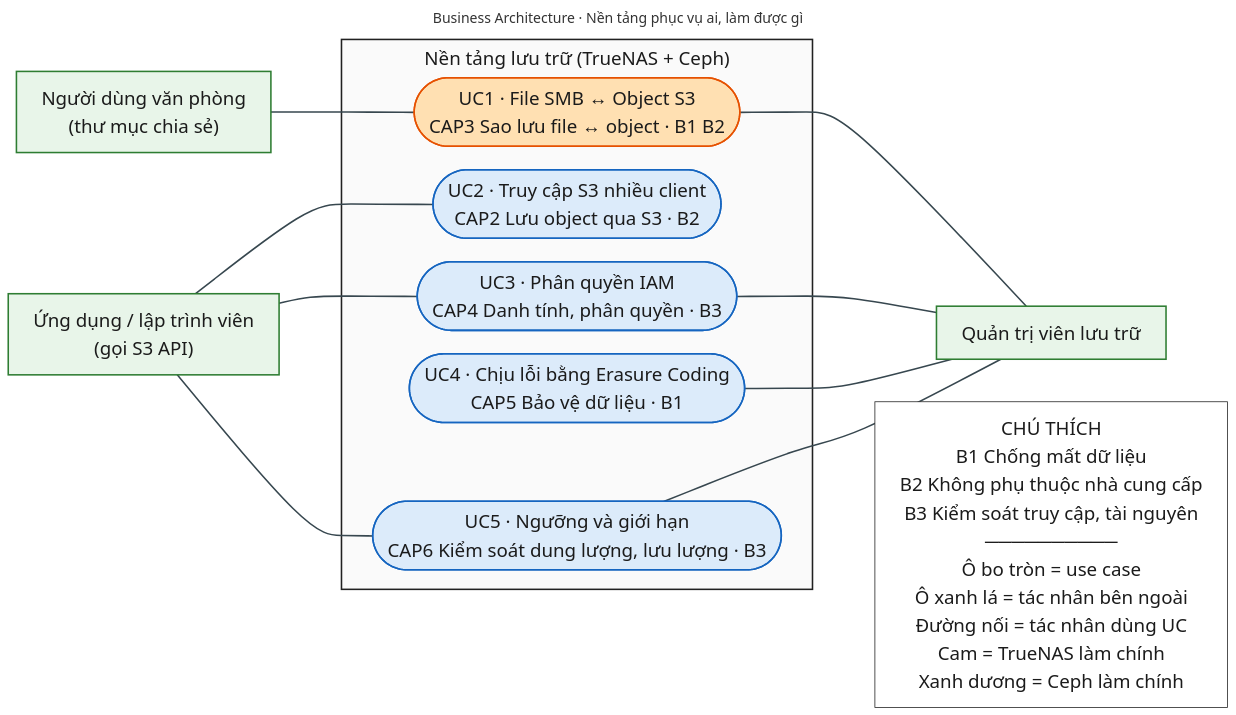
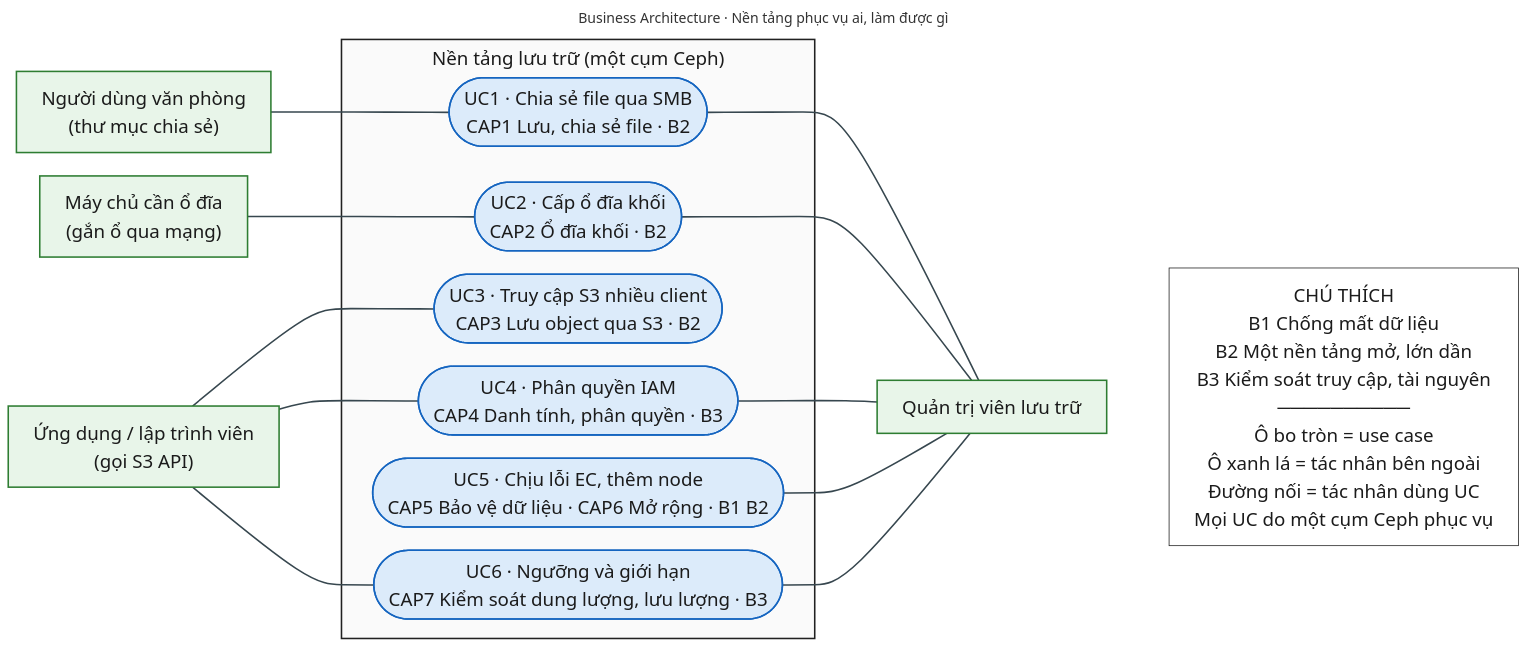
One commit to HDungg925/Project changed the diagram in NT132-P2-kien-truc/slide06-business.mmd. Above: the diagram before and after it, drawn with Mermaid. The commit also changed 11 other files, not shown here.

Commit message:
Bo TrueNAS

```diff
--- a/NT132-P2-kien-truc/slide06-business.mmd
+++ b/NT132-P2-kien-truc/slide06-business.mmd
@@ -1,49 +1,58 @@
 ---
 title: "Business Architecture · Nền tảng phục vụ ai, làm được gì"
+config:
+  layout: dagre
+  theme: base
+  themeVariables: {"fontSize": "24px", "fontFamily": "Arial, Helvetica, sans-serif", "lineColor": "#37474F"}
+  themeCSS: ".flowchartTitleText { font-size: 34px; font-weight: bold; }"
+  flowchart: {"curve": "basis", "wrappingWidth": 650, "nodeSpacing": 30, "rankSpacing": 80, "padding": 16, "subGraphTitleMargin": {"top": 6, "bottom": 18}}
 ---
-%%{init: {"theme": "base", "themeVariables": {"fontSize": "24px", "fontFamily": "Arial, Helvetica, sans-serif", "lineColor": "#37474F"}, "themeCSS": ".flowchartTitleText { font-size: 34px; font-weight: bold; }", "flowchart": {"curve": "basis", "wrappingWidth": 650, "nodeSpacing": 30, "rankSpacing": 80, "padding": 16, "subGraphTitleMargin": {"top": 6, "bottom": 18}}}}%%
 flowchart LR
-    %% ===== BẢNG MÀU CHUNG (dùng lại nguyên khối này cho slide 7-10) =====
+    %% ===== BẢNG MÀU CHUNG v3 (dùng lại nguyên khối này cho slide 7-10) =====
+    %% gateway (cam) = thành phần dịch giao thức client sang Ceph (RGW, Samba); thay cho màu TrueNAS cũ
     classDef client  fill:#E8F5E9,stroke:#2E7D32,stroke-width:2px,color:#1B1B1B
-    classDef truenas fill:#FFE0B2,stroke:#E65100,stroke-width:2px,color:#1B1B1B
+    classDef gateway fill:#FFE0B2,stroke:#E65100,stroke-width:2px,color:#1B1B1B
     classDef ceph    fill:#DCEBFA,stroke:#1565C0,stroke-width:2px,color:#1B1B1B
     classDef infra   fill:#EDE7F6,stroke:#4527A0,stroke-width:2px,color:#1B1B1B
     classDef should  fill:#F5F5F5,stroke:#616161,stroke-width:2px,stroke-dasharray:6 4,color:#424242
     classDef note    fill:#FFFFFF,stroke:#212121,stroke-width:1px,color:#1B1B1B
 
     %% ===== Tác nhân bên trái =====
     ACT_OFF["Người dùng văn phòng<br/>(thư mục chia sẻ)"]
+    ACT_SRV["Máy chủ cần ổ đĩa<br/>(gắn ổ qua mạng)"]
     ACT_APP["Ứng dụng / lập trình viên<br/>(gọi S3 API)"]
 
     %% ===== Ranh giới hệ thống =====
-    subgraph PLATFORM["Nền tảng lưu trữ (TrueNAS + Ceph)"]
-        UC1(["UC1 · File SMB ↔ Object S3<br/>CAP3 Sao lưu file ↔ object · B1 B2"])
-        UC2(["UC2 · Truy cập S3 nhiều client<br/>CAP2 Lưu object qua S3 · B2"])
-        UC3(["UC3 · Phân quyền IAM<br/>CAP4 Danh tính, phân quyền · B3"])
-        UC4(["UC4 · Chịu lỗi bằng Erasure Coding<br/>CAP5 Bảo vệ dữ liệu · B1"])
-        UC5(["UC5 · Ngưỡng và giới hạn<br/>CAP6 Kiểm soát dung lượng, lưu lượng · B3"])
+    subgraph PLATFORM["Nền tảng lưu trữ (một cụm Ceph)"]
+        UC1(["UC1 · Chia sẻ file qua SMB<br/>CAP1 Lưu, chia sẻ file · B2"])
+        UC2(["UC2 · Cấp ổ đĩa khối<br/>CAP2 Ổ đĩa khối · B2"])
+        UC3(["UC3 · Truy cập S3 nhiều client<br/>CAP3 Lưu object qua S3 · B2"])
+        UC4(["UC4 · Phân quyền IAM<br/>CAP4 Danh tính, phân quyền · B3"])
+        UC5(["UC5 · Chịu lỗi EC, thêm node<br/>CAP5 Bảo vệ dữ liệu · CAP6 Mở rộng · B1 B2"])
+        UC6(["UC6 · Ngưỡng và giới hạn<br/>CAP7 Kiểm soát dung lượng, lưu lượng · B3"])
     end
 
     %% ===== Tác nhân bên phải và chú thích =====
     ACT_ADM["Quản trị viên lưu trữ"]
-    LEG["CHÚ THÍCH<br/>B1 Chống mất dữ liệu<br/>B2 Không phụ thuộc nhà cung cấp<br/>B3 Kiểm soát truy cập, tài nguyên<br/>──────────<br/>Ô bo tròn = use case<br/>Ô xanh lá = tác nhân bên ngoài<br/>Đường nối = tác nhân dùng UC<br/>Cam = TrueNAS làm chính<br/>Xanh dương = Ceph làm chính"]
+    LEG["CHÚ THÍCH<br/>B1 Chống mất dữ liệu<br/>B2 Một nền tảng mở, lớn dần<br/>B3 Kiểm soát truy cập, tài nguyên<br/>──────────<br/>Ô bo tròn = use case<br/>Ô xanh lá = tác nhân bên ngoài<br/>Đường nối = tác nhân dùng UC<br/>Mọi UC do một cụm Ceph phục vụ"]
 
     %% ===== Liên kết tác nhân - use case (đường thẳng, không mũi tên) =====
     ACT_OFF --- UC1
-    ACT_APP --- UC2
+    ACT_SRV --- UC2
     ACT_APP --- UC3
-    ACT_APP --- UC5
+    ACT_APP --- UC4
+    ACT_APP --- UC6
     UC1 --- ACT_ADM
-    UC3 --- ACT_ADM
+    UC2 --- ACT_ADM
     UC4 --- ACT_ADM
     UC5 --- ACT_ADM
-    %% Hai liên kết ẩn dưới đây chỉ để giữ bố cục (UC4 đúng thứ tự, chú thích nằm bên phải)
-    ACT_APP ~~~ UC4
-    UC5 ~~~ LEG
+    UC6 --- ACT_ADM
+    %% Liên kết ẩn chỉ để giữ bố cục (UC5 đúng thứ tự, chú thích nằm bên phải)
+    ACT_APP ~~~ UC5
+    ACT_ADM ~~~ LEG
 
-    linkStyle 0,1,2,3,4,5,6,7 stroke:#37474F,stroke-width:2px
-    class ACT_OFF,ACT_APP,ACT_ADM client
-    class UC1 truenas
-    class UC2,UC3,UC4,UC5 ceph
+    linkStyle 0,1,2,3,4,5,6,7,8,9 stroke:#37474F,stroke-width:2px
+    class ACT_OFF,ACT_SRV,ACT_APP,ACT_ADM client
+    class UC1,UC2,UC3,UC4,UC5,UC6 ceph
     class LEG note
     style PLATFORM fill:#FAFAFA,stroke:#212121,stroke-width:2px,color:#1B1B1B
```
